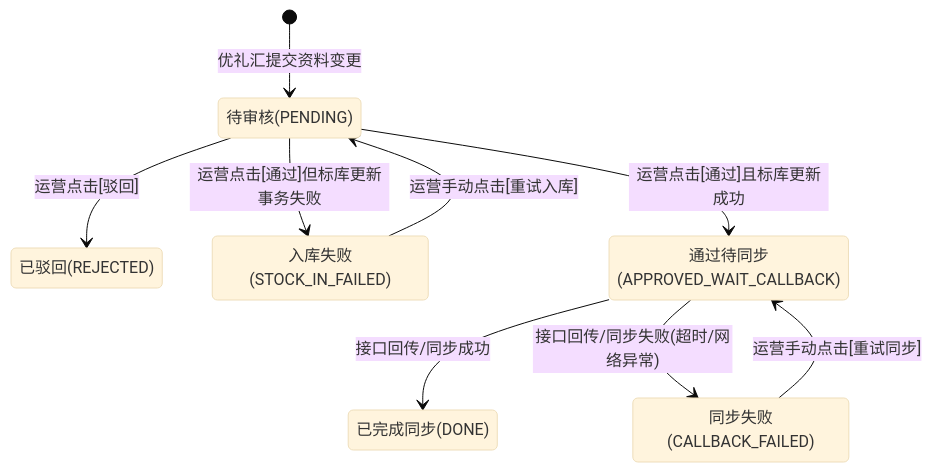
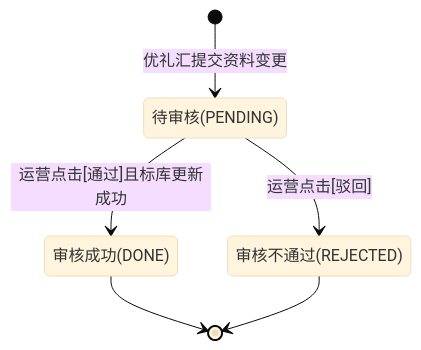
The second of 3 diagrams in .trae/documents/海典商品标库-优礼汇对接-可点击原型PRD.md (hnxief-code/shangpin-platform-sync), drawn with Mermaid (base theme) before and after one commit. The commit also changed other lines of this file and 3 other files, not shown here.

````diff
--- a/.trae/documents/海典商品标库-优礼汇对接-可点击原型PRD.md
+++ b/.trae/documents/海典商品标库-优礼汇对接-可点击原型PRD.md
@@ -89,11 +84,8 @@
 ```mermaid
 stateDiagram-v2
     [*] --> 待审核(PENDING) : 优礼汇提交资料变更
-    待审核(PENDING) --> 已驳回(REJECTED) : 运营点击[驳回]
-    待审核(PENDING) --> 入库失败(STOCK_IN_FAILED) : 运营点击[通过]但标库更新事务失败
-    入库失败(STOCK_IN_FAILED) --> 待审核(PENDING) : 运营手动点击[重试入库]
-    待审核(PENDING) --> 通过待同步(APPROVED_WAIT_CALLBACK) : 运营点击[通过]且标库更新成功
-    通过待同步(APPROVED_WAIT_CALLBACK) --> 已完成同步(DONE) : 接口回传/同步成功
-    通过待同步(APPROVED_WAIT_CALLBACK) --> 同步失败(CALLBACK_FAILED) : 接口回传/同步失败(超时/网络异常)
-    同步失败(CALLBACK_FAILED) --> 通过待同步(APPROVED_WAIT_CALLBACK) : 运营手动点击[重试同步]
+    待审核(PENDING) --> 审核不通过(REJECTED) : 运营点击[驳回]
+    待审核(PENDING) --> 审核成功(DONE) : 运营点击[通过]且标库更新成功
+    审核成功(DONE) --> [*]
+    审核不通过(REJECTED) --> [*]
 ```
````
